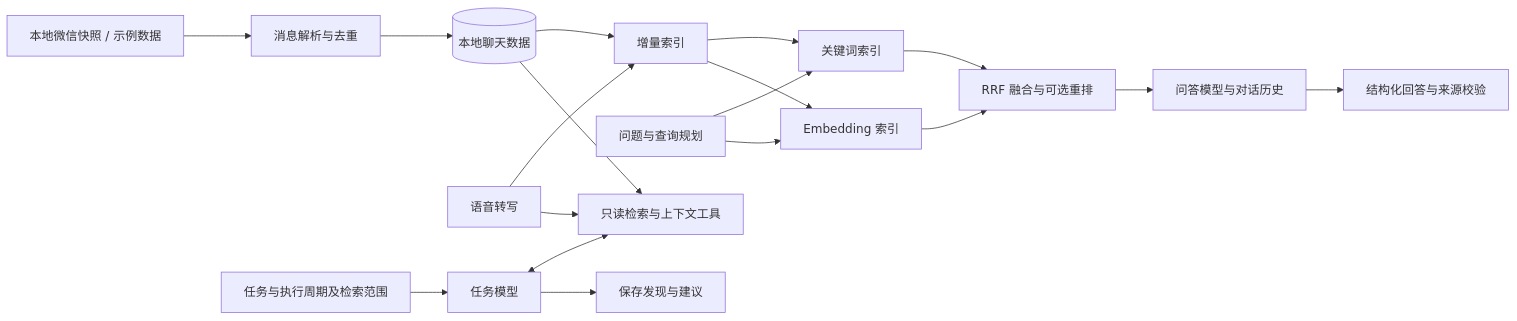
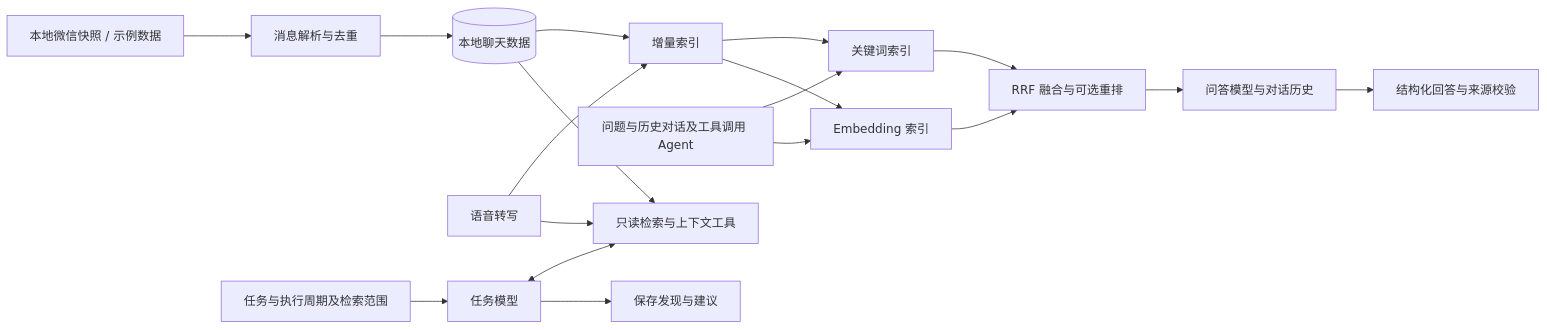
The diagram in README.zh-CN.md (Fongkai777/wechat-agent), drawn with Mermaid before and after one commit. The commit also changed other lines of this file and 47 other files, not shown here.

````diff
--- a/README.zh-CN.md
+++ b/README.zh-CN.md
@@ -120,20 +120,20 @@
 ```mermaid
 flowchart LR
     A[本地微信快照 / 示例数据] --> B[消息解析与去重]
     B --> C[(本地聊天数据)]
     V[语音转写] --> I[增量索引]
     C --> I
     I --> K[关键词索引]
     I --> E[Embedding 索引]
-    Q[问题与查询规划] --> K
+    Q[问题与历史对话及工具调用 Agent] --> K
     Q --> E
     K --> R[RRF 融合与可选重排]
     E --> R
     R --> G[问答模型与对话历史]
     G --> O[结构化回答与来源校验]
     T[任务与执行周期及检索范围] --> H[任务模型]
     H <--> S[只读检索与上下文工具]
     C --> S
     V --> S
     H --> P[保存发现与建议]
 ```
````
